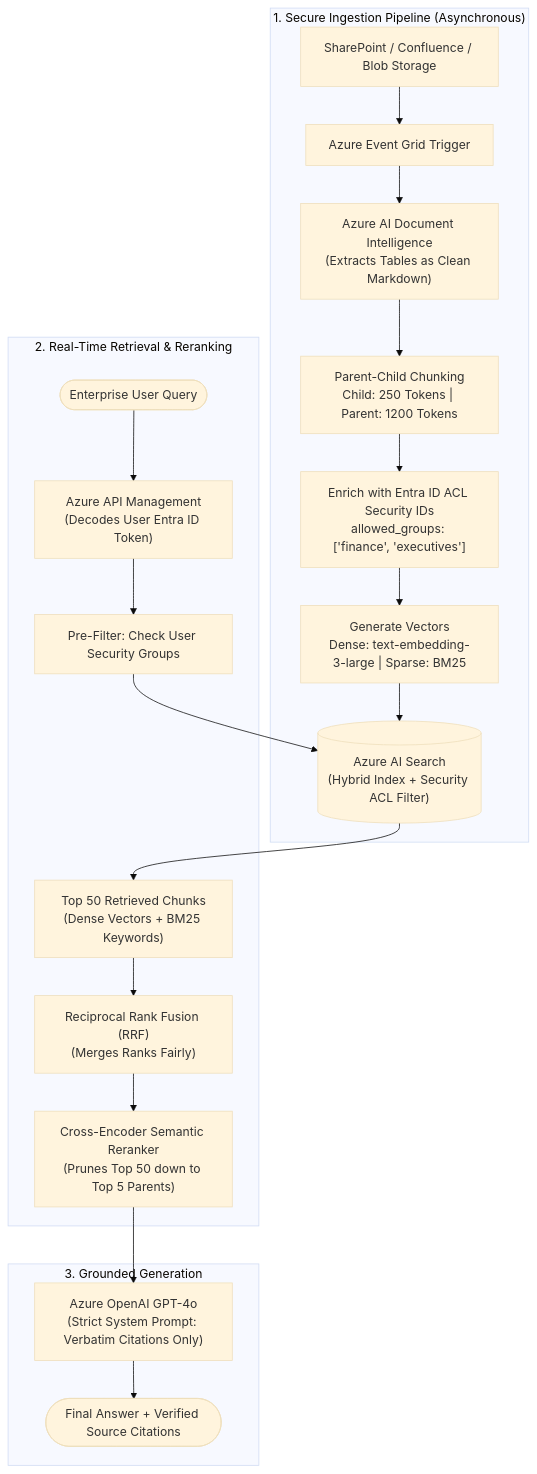
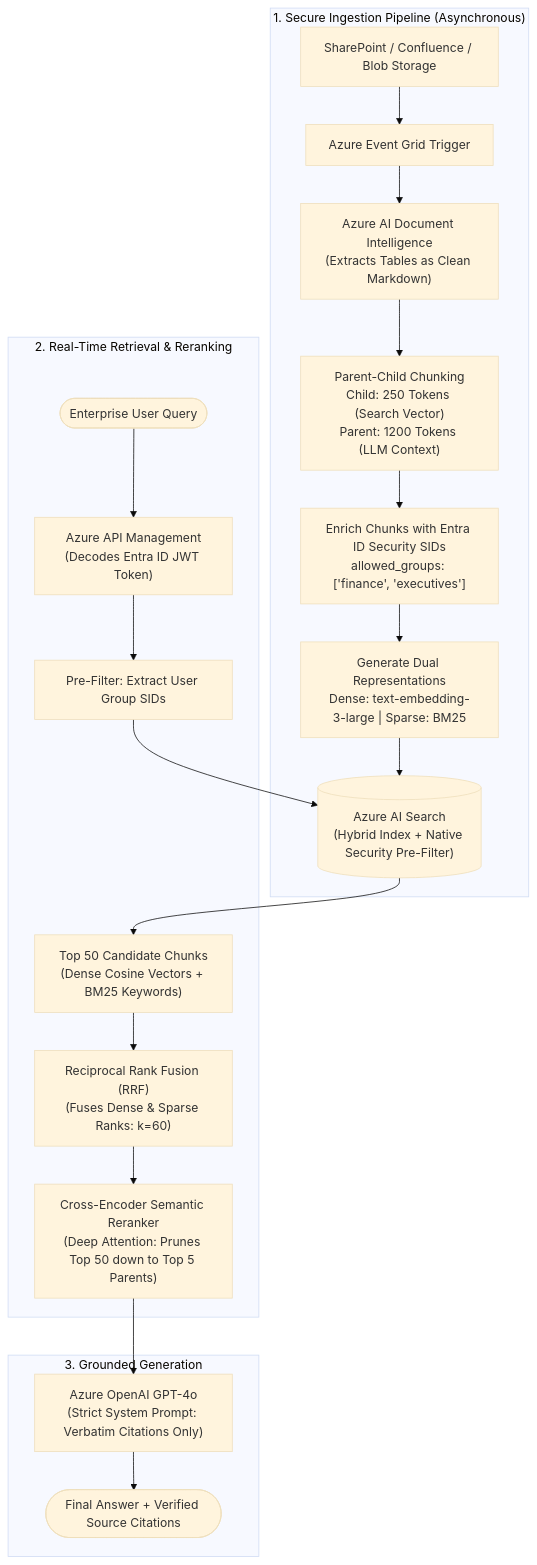
The third of 10 diagrams in README_V2.md (rahulkumarjha26/genai-study-materials), drawn with Mermaid (base theme) before and after one commit. The commit also changed other lines of this file, not shown here.

Commit message:
Reboot README_V2.md with Teacher-First Framework, 1:1 Flowchart Alignment, Jargon Decoders, and Zero Repetition

````diff
--- a/README_V2.md
+++ b/README_V2.md
@@ -118,29 +120,29 @@
 ```mermaid
 flowchart TD
     subgraph INGESTION["1. Secure Ingestion Pipeline (Asynchronous)"]
         Source["SharePoint / Confluence / Blob Storage"] --> EventTrigger["Azure Event Grid Trigger"]
         EventTrigger --> DocIntel["Azure AI Document Intelligence<br/>(Extracts Tables as Clean Markdown)"]
         
-        DocIntel --> Chunking["Parent-Child Chunking<br/>Child: 250 Tokens | Parent: 1200 Tokens"]
-        Chunking --> ACLTag["Enrich with Entra ID ACL Security IDs<br/>allowed_groups: ['finance', 'executives']"]
+        DocIntel --> Chunking["Parent-Child Chunking<br/>Child: 250 Tokens (Search Vector)<br/>Parent: 1200 Tokens (LLM Context)"]
+        Chunking --> ACLTag["Enrich Chunks with Entra ID Security SIDs<br/>allowed_groups: ['finance', 'executives']"]
         
-        ACLTag --> DualEmbed["Generate Vectors<br/>Dense: text-embedding-3-large | Sparse: BM25"]
-        DualEmbed --> SearchIndex[("Azure AI Search<br/>(Hybrid Index + Security ACL Filter)")]
+        ACLTag --> DualEmbed["Generate Dual Representations<br/>Dense: text-embedding-3-large | Sparse: BM25"]
+        DualEmbed --> SearchIndex[("Azure AI Search<br/>(Hybrid Index + Native Security Pre-Filter)")]
     end
 
     subgraph QUERY_FLOW["2. Real-Time Retrieval & Reranking"]
-        User(["Enterprise User Query"]) --> APIM["Azure API Management<br/>(Decodes User Entra ID Token)"]
-        APIM --> SecFilter["Pre-Filter: Check User Security Groups"]
+        User(["Enterprise User Query"]) --> APIM["Azure API Management<br/>(Decodes Entra ID JWT Token)"]
+        APIM --> SecFilter["Pre-Filter: Extract User Group SIDs"]
         
         SecFilter --> SearchIndex
-        SearchIndex --> Candidates["Top 50 Retrieved Chunks<br/>(Dense Vectors + BM25 Keywords)"]
+        SearchIndex --> Candidates["Top 50 Candidate Chunks<br/>(Dense Cosine Vectors + BM25 Keywords)"]
         
-        Candidates --> RRF["Reciprocal Rank Fusion (RRF)<br/>(Merges Ranks Fairly)"]
-        RRF --> Reranker["Cross-Encoder Semantic Reranker<br/>(Prunes Top 50 down to Top 5 Parents)"]
+        Candidates --> RRF["Reciprocal Rank Fusion (RRF)<br/>(Fuses Dense & Sparse Ranks: k=60)"]
+        RRF --> Reranker["Cross-Encoder Semantic Reranker<br/>(Deep Attention: Prunes Top 50 down to Top 5 Parents)"]
     end
 
     subgraph GENERATION["3. Grounded Generation"]
         Reranker --> GPT4o["Azure OpenAI GPT-4o<br/>(Strict System Prompt: Verbatim Citations Only)"]
         GPT4o --> VerifiedOutput(["Final Answer + Verified Source Citations"])
     end
 ```
````
